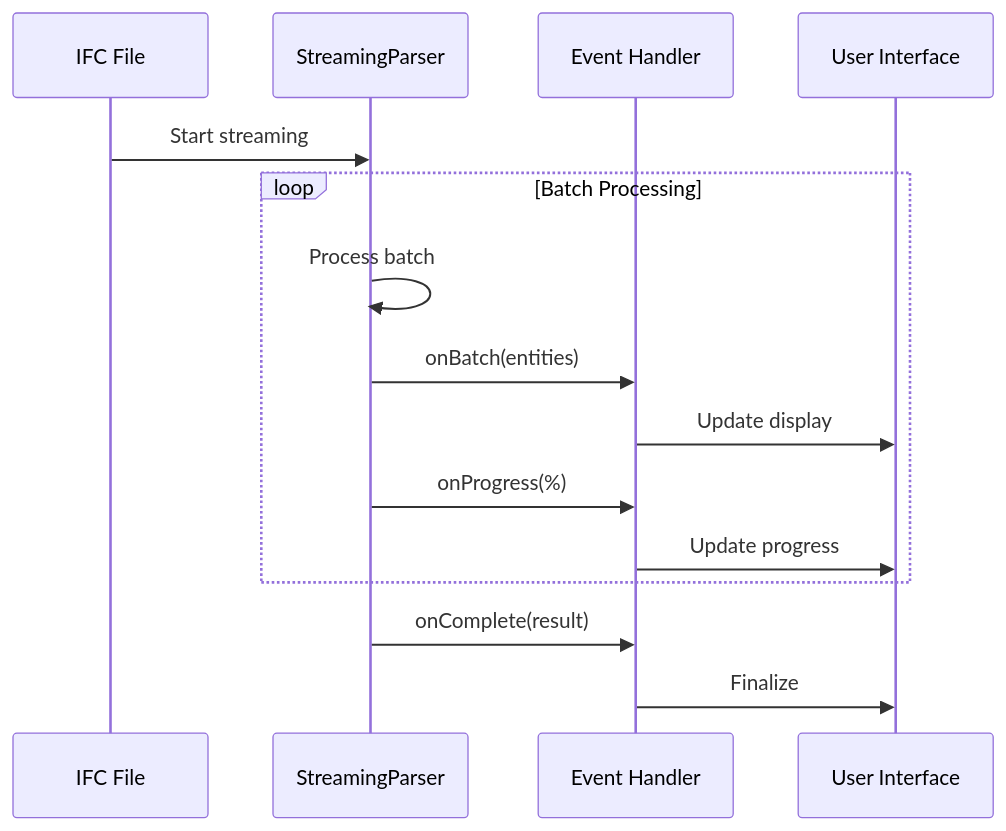
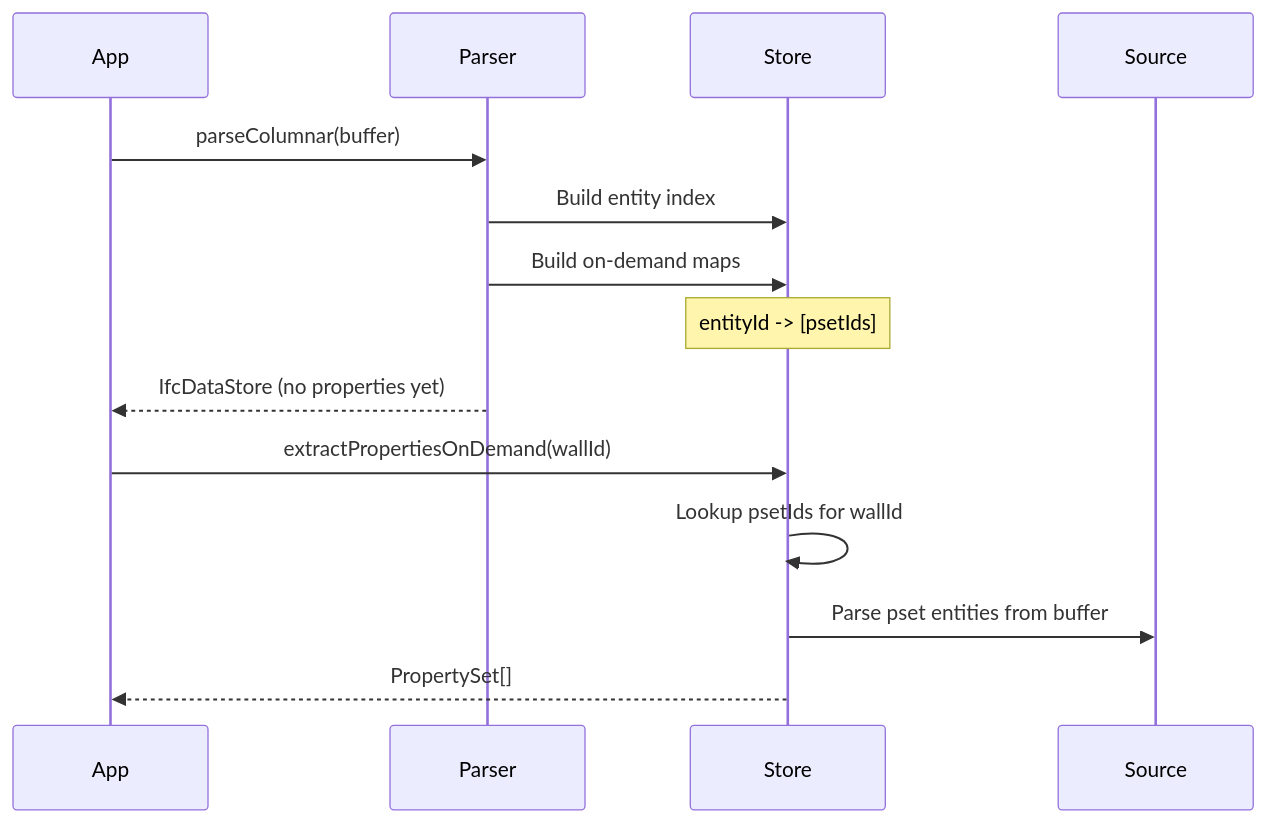
Before and after one commit to louistrue/ifc-lite: the second of 2 diagrams in docs/guide/parsing.md, drawn with Mermaid. The commit also changed other lines of this file and 7 other files, not shown here.

First line of the commit message:
docs: comprehensive update for server architecture, IFC5 support, and new features

````diff
--- a/docs/guide/parsing.md
+++ b/docs/guide/parsing.md
@@ -110,18 +166,18 @@
 ```mermaid
 sequenceDiagram
-    participant File as IFC File
-    participant Parser as StreamingParser
-    participant Handler as Event Handler
-    participant UI as User Interface
+    participant App
+    participant Parser
+    participant Store
+    participant Source
 
-    File->>Parser: Start streaming
-    loop Batch Processing
-        Parser->>Parser: Process batch
-        Parser->>Handler: onBatch(entities)
-        Handler->>UI: Update display
-        Parser->>Handler: onProgress(%)
-        Handler->>UI: Update progress
-    end
-    Parser->>Handler: onComplete(result)
-    Handler->>UI: Finalize
+    App->>Parser: parseColumnar(buffer)
+    Parser->>Store: Build entity index
+    Parser->>Store: Build on-demand maps
+    Note over Store: entityId -> [psetIds]
+    Parser-->>App: IfcDataStore (no properties yet)
+
+    App->>Store: extractPropertiesOnDemand(wallId)
+    Store->>Store: Lookup psetIds for wallId
+    Store->>Source: Parse pset entities from buffer
+    Store-->>App: PropertySet[]
 ```
````
